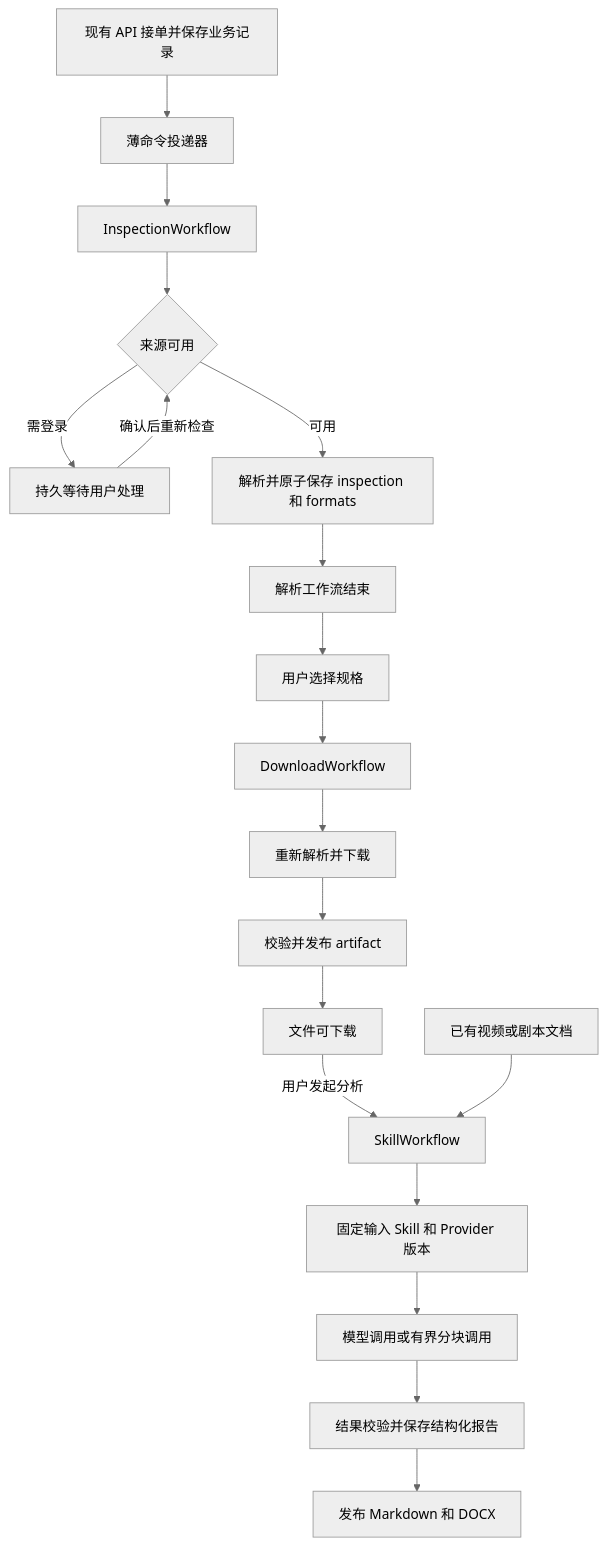
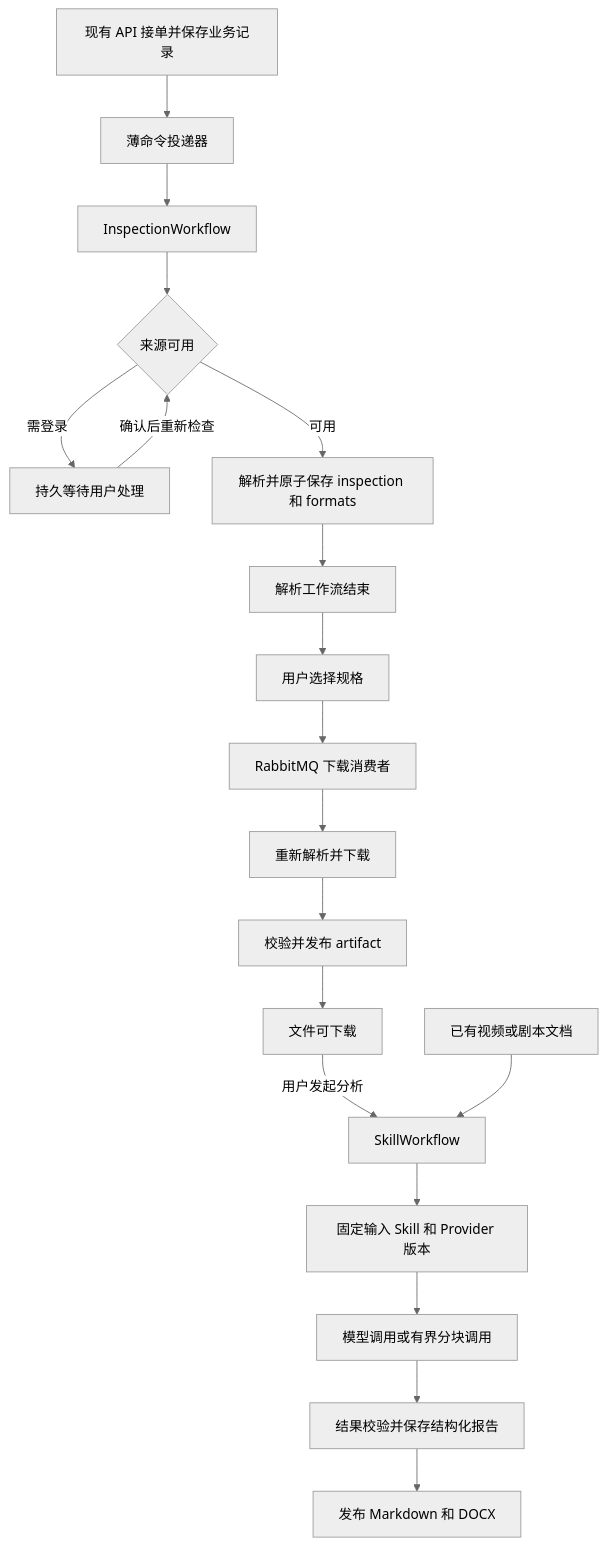
The diagram in docs/design/15-工作流与平台下载目标.md (StephenQiu30/framefetch), drawn with Mermaid (neutral theme) before and after one commit. The commit also changed other lines of this file and 7 other files, not shown here.

````diff
--- a/docs/design/15-工作流与平台下载目标.md
+++ b/docs/design/15-工作流与平台下载目标.md
@@ -81,21 +81,21 @@
 ```mermaid
 flowchart TD
   API[现有 API 接单并保存业务记录] --> Dispatch[薄命令投递器]
   Dispatch --> Inspect[InspectionWorkflow]
   Inspect --> Access{来源可用}
   Access -->|需登录| Wait[持久等待用户处理]
   Wait -->|确认后重新检查| Access
   Access -->|可用| Resolve[解析并原子保存 inspection 和 formats]
   Resolve --> Ready[解析工作流结束]
   Ready --> Select[用户选择规格]
-  Select --> Download[DownloadWorkflow]
+  Select --> Download[RabbitMQ 下载消费者]
   Download --> Fetch[重新解析并下载]
   Fetch --> Verify[校验并发布 artifact]
   Verify --> File[文件可下载]
   File -->|用户发起分析| Skill[SkillWorkflow]
   Existing[已有视频或剧本文档] --> Skill
   Skill --> Prepare[固定输入 Skill 和 Provider 版本]
   Prepare --> Call[模型调用或有界分块调用]
   Call --> Validate[结果校验并保存结构化报告]
   Validate --> Publish[发布 Markdown 和 DOCX]
 ```
````
